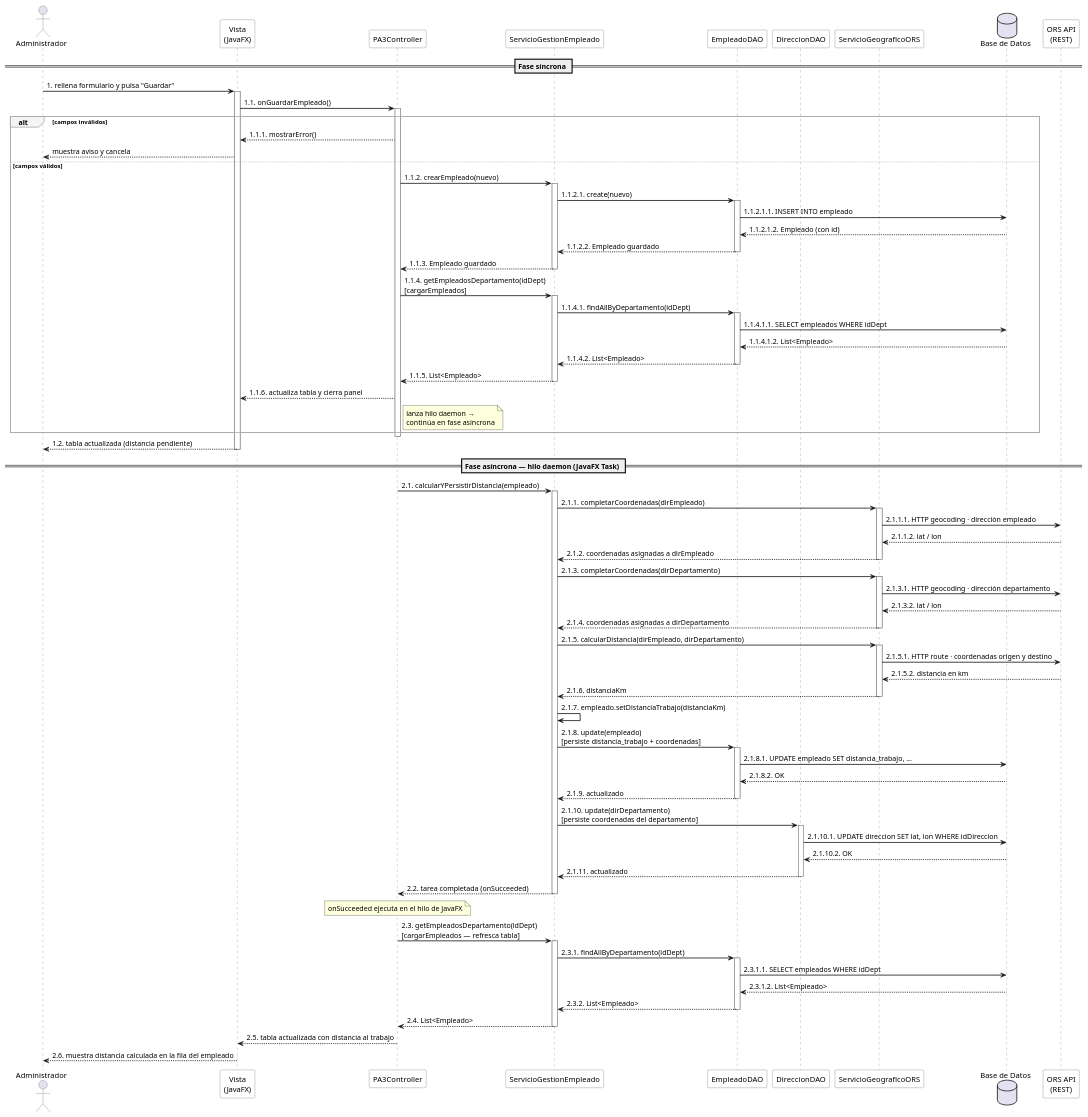
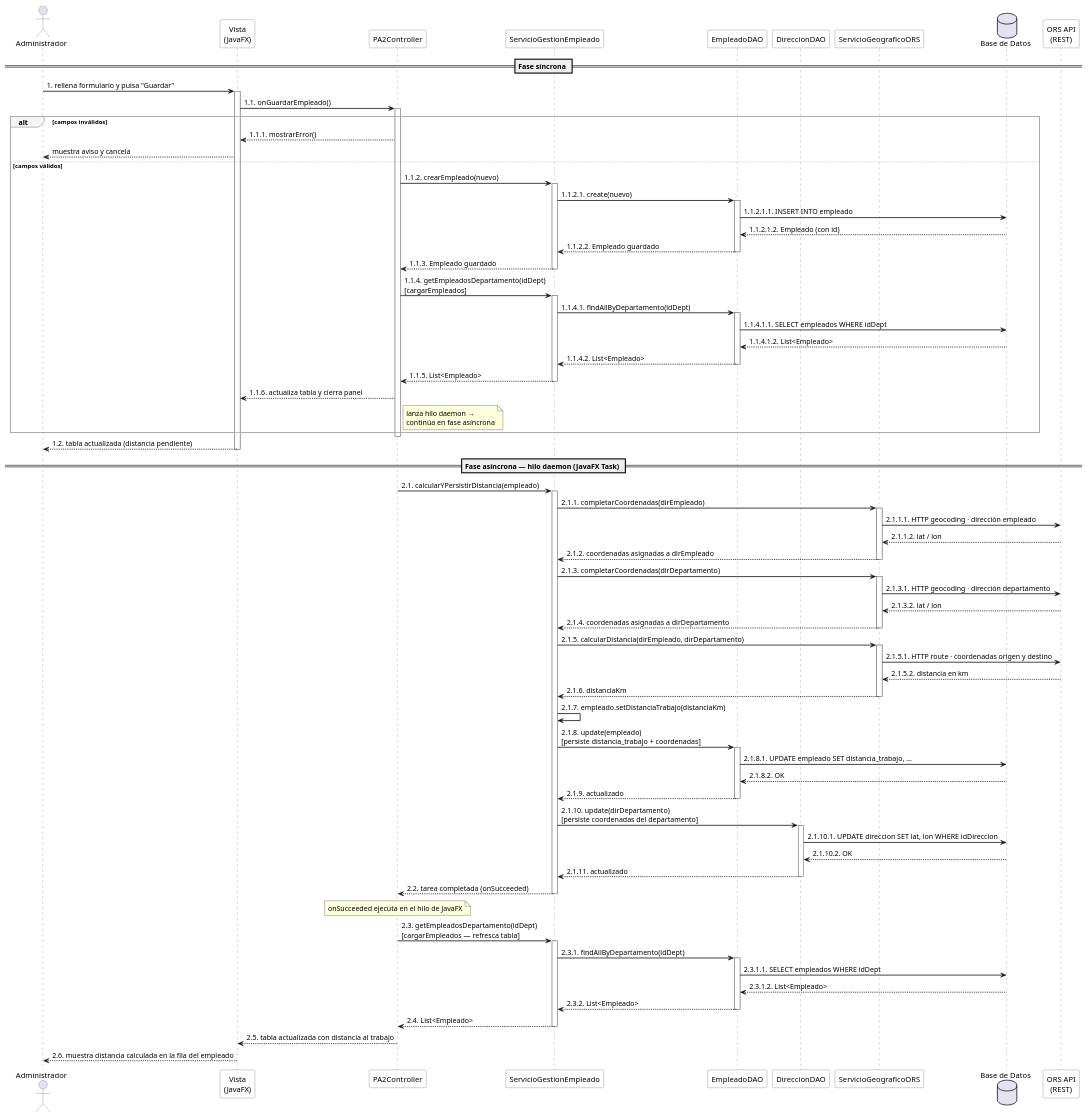
One commit to noeparamenos/carbonAudit_manager changed the diagram in docs/diagrams/diagrama_secuencia_alta_empleado.puml. Above: the diagram before and after it, drawn with PlantUML. The commit also changed 33 other files, not shown here.

```diff
--- a/docs/diagrams/diagrama_secuencia_alta_empleado.puml
+++ b/docs/diagrams/diagrama_secuencia_alta_empleado.puml
@@ -1,132 +1,132 @@
 @startuml Diagrama de Secuencia - Alta de Empleado
 
 skinparam sequenceArrowThickness 1.5
 skinparam participant {
     BackgroundColor White
     BorderColor #555
 }
 skinparam actor {
     BorderColor #555
 }
 skinparam sequence {
     LifeLineBorderColor #777
     GroupBackgroundColor #F5F5F5
     GroupBorderColor #AAAAAA
 }
 
 actor "Administrador" as Admin
 participant "Vista\n(JavaFX)" as UI
-participant "PA3Controller" as Ctrl
+participant "PA2Controller" as Ctrl
 participant "ServicioGestionEmpleado" as ServGestion
 participant "EmpleadoDAO" as EmpDAO
 participant "DireccionDAO" as DirDAO
 participant "ServicioGeograficoORS" as ORS
 database "Base de Datos" as BD
 participant "ORS API\n(REST)" as ORSAPI
 
 == Fase síncrona ==
 
 Admin -> UI : 1. rellena formulario y pulsa "Guardar"
 activate UI
 
 UI -> Ctrl : 1.1. onGuardarEmpleado()
 activate Ctrl
 
 alt campos inválidos
     Ctrl --> UI : 1.1.1. mostrarError()
     UI --> Admin : muestra aviso y cancela
 else campos válidos
 
     Ctrl -> ServGestion : 1.1.2. crearEmpleado(nuevo)
     activate ServGestion
         ServGestion -> EmpDAO : 1.1.2.1. create(nuevo)
         activate EmpDAO
             EmpDAO -> BD : 1.1.2.1.1. INSERT INTO empleado
             BD --> EmpDAO : 1.1.2.1.2. Empleado (con id)
         EmpDAO --> ServGestion : 1.1.2.2. Empleado guardado
         deactivate EmpDAO
     ServGestion --> Ctrl : 1.1.3. Empleado guardado
     deactivate ServGestion
 
     Ctrl -> ServGestion : 1.1.4. getEmpleadosDepartamento(idDept)\n[cargarEmpleados]
     activate ServGestion
         ServGestion -> EmpDAO : 1.1.4.1. findAllByDepartamento(idDept)
         activate EmpDAO
             EmpDAO -> BD : 1.1.4.1.1. SELECT empleados WHERE idDept
             BD --> EmpDAO : 1.1.4.1.2. List<Empleado>
         EmpDAO --> ServGestion : 1.1.4.2. List<Empleado>
         deactivate EmpDAO
     ServGestion --> Ctrl : 1.1.5. List<Empleado>
     deactivate ServGestion
 
     Ctrl --> UI : 1.1.6. actualiza tabla y cierra panel
     note right of Ctrl : lanza hilo daemon →\ncontinúa en fase asíncrona
 
 end
 
 deactivate Ctrl
 UI --> Admin : 1.2. tabla actualizada (distancia pendiente)
 deactivate UI
 
 == Fase asíncrona — hilo daemon (JavaFX Task) ==
 
 Ctrl -> ServGestion : 2.1. calcularYPersistirDistancia(empleado)
 activate ServGestion
 
 ServGestion -> ORS : 2.1.1. completarCoordenadas(dirEmpleado)
 activate ORS
     ORS -> ORSAPI : 2.1.1.1. HTTP geocoding · dirección empleado
     ORSAPI --> ORS : 2.1.1.2. lat / lon
 ORS --> ServGestion : 2.1.2. coordenadas asignadas a dirEmpleado
 deactivate ORS
 
 ServGestion -> ORS : 2.1.3. completarCoordenadas(dirDepartamento)
 activate ORS
     ORS -> ORSAPI : 2.1.3.1. HTTP geocoding · dirección departamento
     ORSAPI --> ORS : 2.1.3.2. lat / lon
 ORS --> ServGestion : 2.1.4. coordenadas asignadas a dirDepartamento
 deactivate ORS
 
 ServGestion -> ORS : 2.1.5. calcularDistancia(dirEmpleado, dirDepartamento)
 activate ORS
     ORS -> ORSAPI : 2.1.5.1. HTTP route · coordenadas origen y destino
     ORSAPI --> ORS : 2.1.5.2. distancia en km
 ORS --> ServGestion : 2.1.6. distanciaKm
 deactivate ORS
 
 ServGestion -> ServGestion : 2.1.7. empleado.setDistanciaTrabajo(distanciaKm)
 
 ServGestion -> EmpDAO : 2.1.8. update(empleado)\n[persiste distancia_trabajo + coordenadas]
 activate EmpDAO
     EmpDAO -> BD : 2.1.8.1. UPDATE empleado SET distancia_trabajo, ...
     BD --> EmpDAO : 2.1.8.2. OK
 EmpDAO --> ServGestion : 2.1.9. actualizado
 deactivate EmpDAO
 
 ServGestion -> DirDAO : 2.1.10. update(dirDepartamento)\n[persiste coordenadas del departamento]
 activate DirDAO
     DirDAO -> BD : 2.1.10.1. UPDATE direccion SET lat, lon WHERE idDireccion
     BD --> DirDAO : 2.1.10.2. OK
 DirDAO --> ServGestion : 2.1.11. actualizado
 deactivate DirDAO
 
 ServGestion --> Ctrl : 2.2. tarea completada (onSucceeded)
 deactivate ServGestion
 
 note over Ctrl : onSucceeded ejecuta en el hilo de JavaFX
 
 Ctrl -> ServGestion : 2.3. getEmpleadosDepartamento(idDept)\n[cargarEmpleados — refresca tabla]
 activate ServGestion
     ServGestion -> EmpDAO : 2.3.1. findAllByDepartamento(idDept)
     activate EmpDAO
         EmpDAO -> BD : 2.3.1.1. SELECT empleados WHERE idDept
         BD --> EmpDAO : 2.3.1.2. List<Empleado>
     EmpDAO --> ServGestion : 2.3.2. List<Empleado>
     deactivate EmpDAO
 ServGestion --> Ctrl : 2.4. List<Empleado>
 deactivate ServGestion
 
 Ctrl --> UI : 2.5. tabla actualizada con distancia al trabajo
 UI --> Admin : 2.6. muestra distancia calculada en la fila del empleado
 
 @enduml
```
